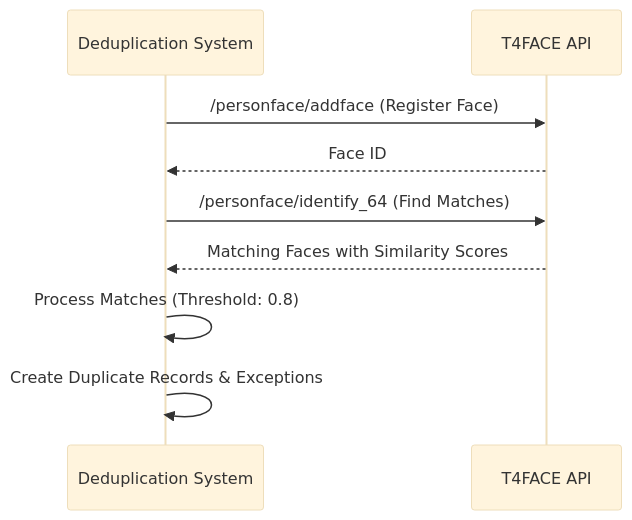
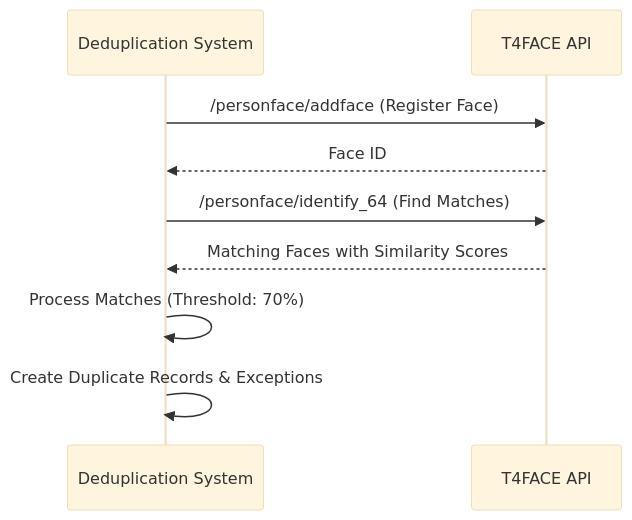
One commit to fares1919-ltrch/Backend-stage changed the sixth of 8 diagrams in Documentation/ProjectFlow.md. Above: the diagram before and after it, drawn with Mermaid (base theme). The commit also changed other lines of this file and 20 other files, not shown here.

````diff
--- a/Documentation/ProjectFlow.md
+++ b/Documentation/ProjectFlow.md
@@ -116,14 +116,14 @@
 ```mermaid
 sequenceDiagram
     participant App as Deduplication System
     participant T4 as T4FACE API
-    
+
     App->>T4: /personface/addface (Register Face)
     T4-->>App: Face ID
-    
+
     App->>T4: /personface/identify_64 (Find Matches)
     T4-->>App: Matching Faces with Similarity Scores
-    
-    App->>App: Process Matches (Threshold: 0.8)
+
+    App->>App: Process Matches (Threshold: 70%)
     App->>App: Create Duplicate Records & Exceptions
 ```
````
